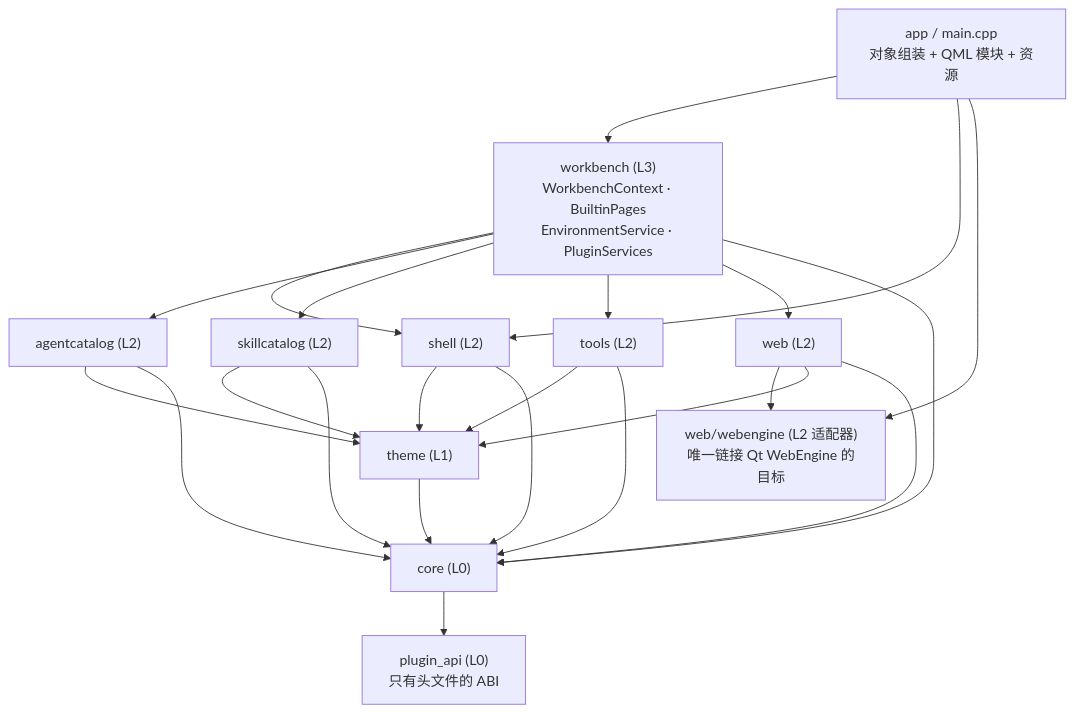
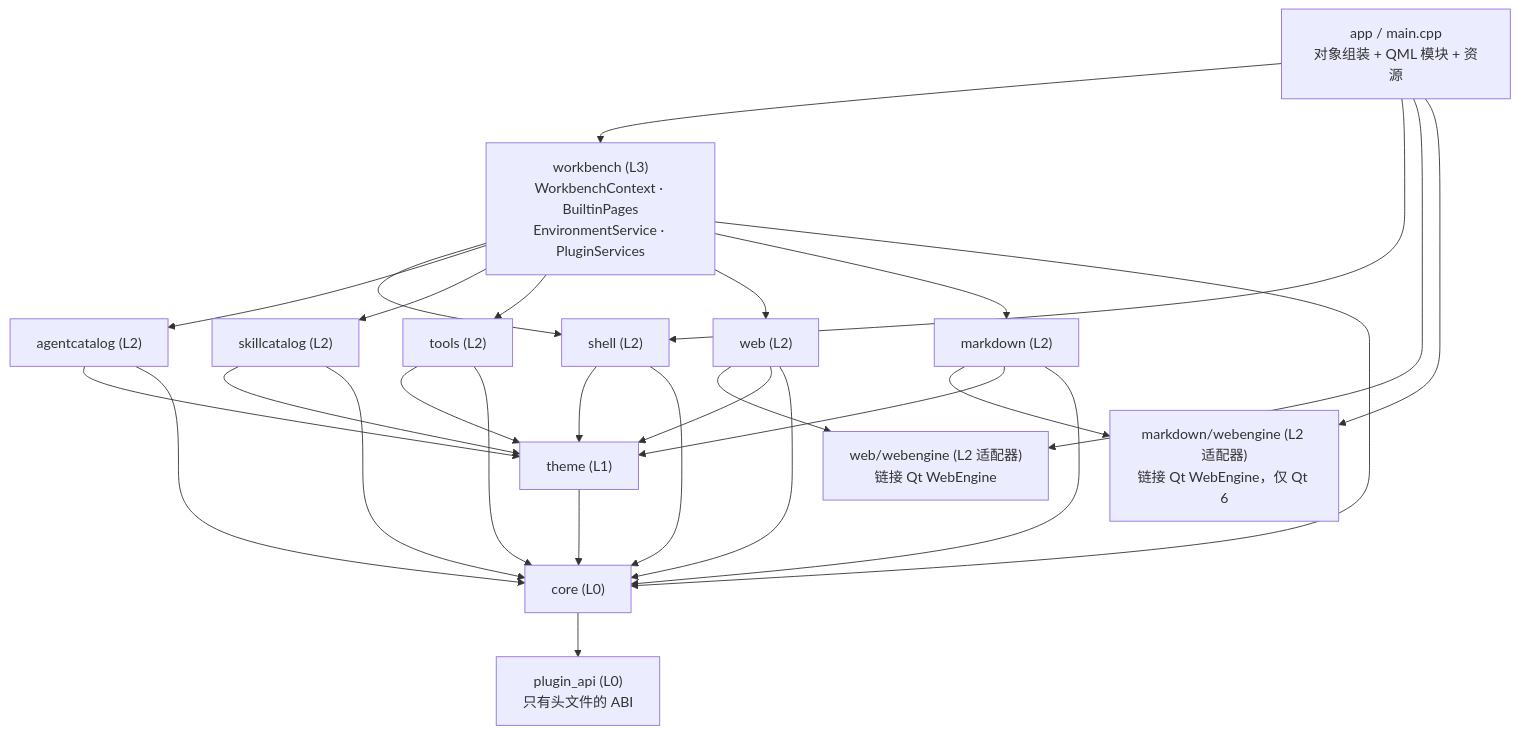
One commit to czyt1988/AgentWorkbench changed the first of 4 diagrams in docs/zh/architecture/index.md. Above: the diagram before and after it, drawn with Mermaid. The commit also changed other lines of this file and 36 other files, not shown here.

````diff
--- a/docs/zh/architecture/index.md
+++ b/docs/zh/architecture/index.md
@@ -46,37 +48,44 @@
 ```mermaid
 flowchart TB
     app["app / main.cpp<br/>对象组装 + QML 模块 + 资源"]
     workbench["workbench (L3)<br/>WorkbenchContext · BuiltinPages<br/>EnvironmentService · PluginServices"]
     shell["shell (L2)"]
     agentcatalog["agentcatalog (L2)"]
     skillcatalog["skillcatalog (L2)"]
     tools["tools (L2)"]
     web["web (L2)"]
-    webengine["web/webengine (L2 适配器)<br/>唯一链接 Qt WebEngine 的目标"]
+    webengine["web/webengine (L2 适配器)<br/>链接 Qt WebEngine"]
+    markdown["markdown (L2)"]
+    mdwebengine["markdown/webengine (L2 适配器)<br/>链接 Qt WebEngine，仅 Qt 6"]
     theme["theme (L1)"]
     core["core (L0)"]
     pluginapi["plugin_api (L0)<br/>只有头文件的 ABI"]
 
     app --> workbench
     app --> shell
     app --> webengine
+    app --> mdwebengine
     workbench --> shell
     workbench --> agentcatalog
     workbench --> skillcatalog
     workbench --> tools
     workbench --> web
+    workbench --> markdown
     web --> webengine
+    markdown --> mdwebengine
     agentcatalog --> theme
     skillcatalog --> theme
     tools --> theme
+    markdown --> theme
     web --> theme
     shell --> theme
     theme --> core
     agentcatalog --> core
     skillcatalog --> core
     tools --> core
+    markdown --> core
     web --> core
     shell --> core
     workbench --> core
     core --> pluginapi
 ```
````
